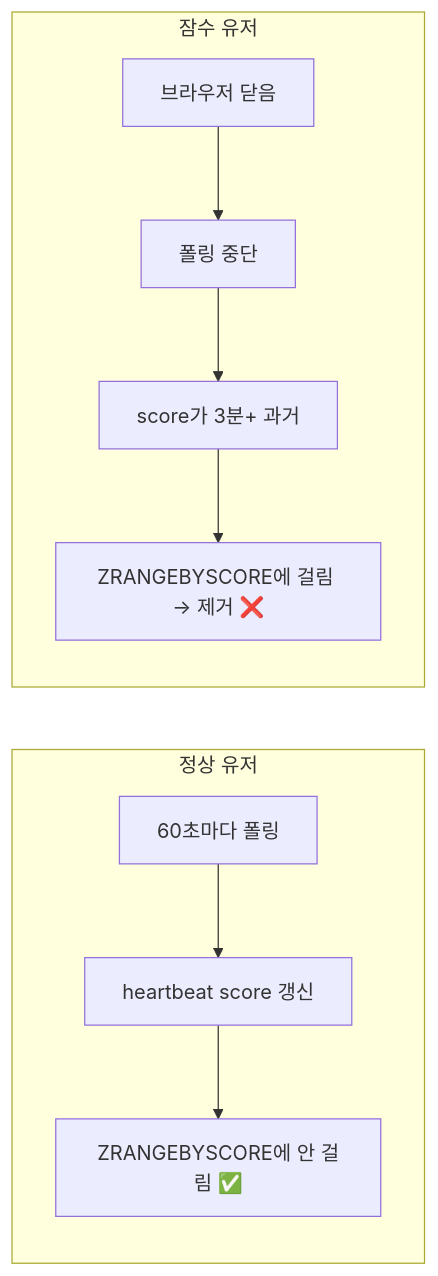
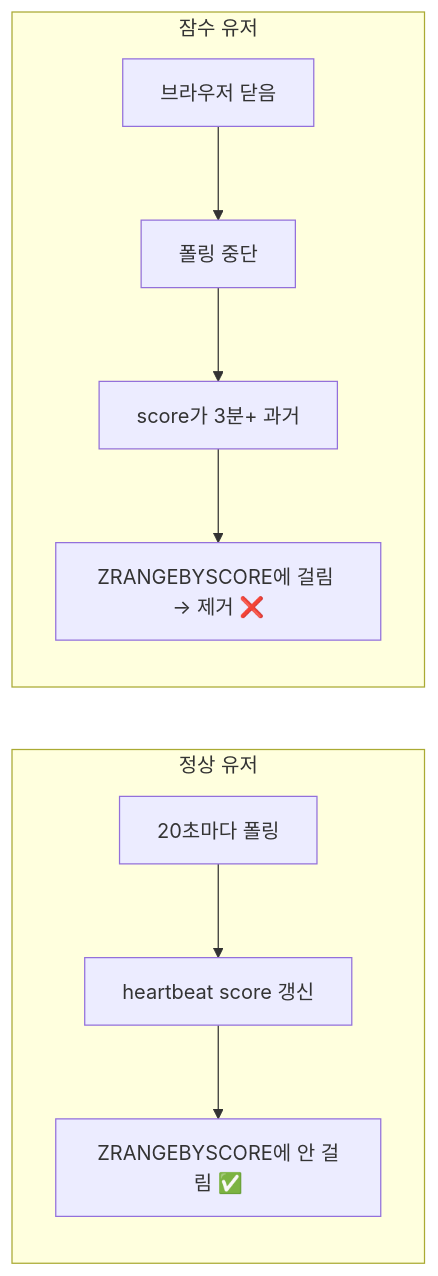
Before and after one commit to irnd04/zticket: the fourth of 8 diagrams in README.md, drawn with Mermaid. The commit also changed other lines of this file and 3 other files, not shown here.

````diff
--- a/README.md
+++ b/README.md
@@ -126,9 +126,9 @@
 ```mermaid
 flowchart LR
     subgraph 정상 유저
-        N1[60초마다 폴링] --> N2[heartbeat score 갱신] --> N3[ZRANGEBYSCORE에 안 걸림 ✅]
+        N1[20초마다 폴링] --> N2[heartbeat score 갱신] --> N3[ZRANGEBYSCORE에 안 걸림 ✅]
     end
     subgraph 잠수 유저
         G1[브라우저 닫음] --> G2[폴링 중단] --> G3[score가 3분+ 과거] --> G4[ZRANGEBYSCORE에 걸림 → 제거 ❌]
     end
 ```
````
